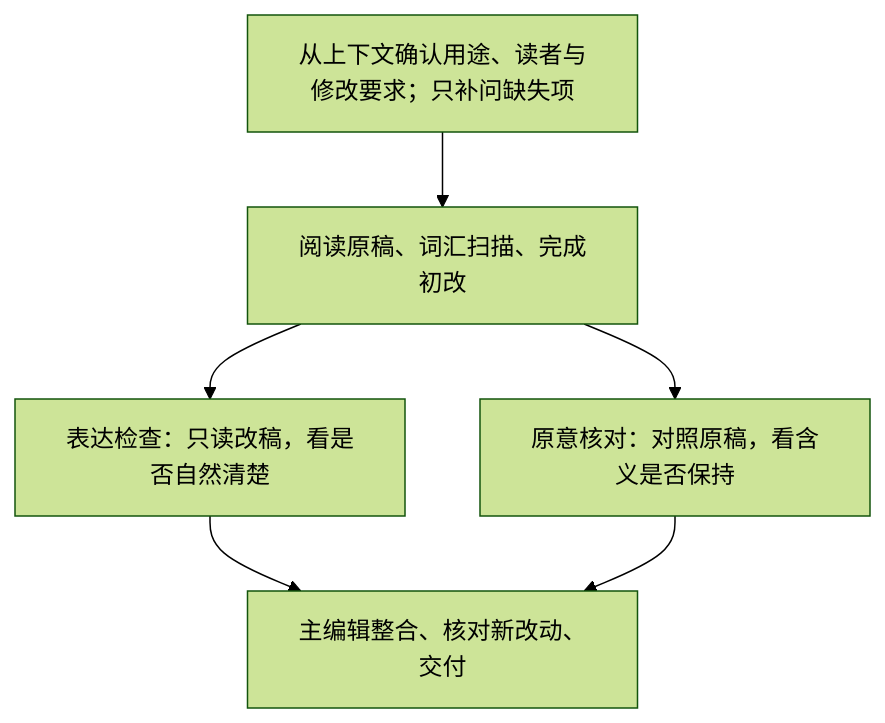
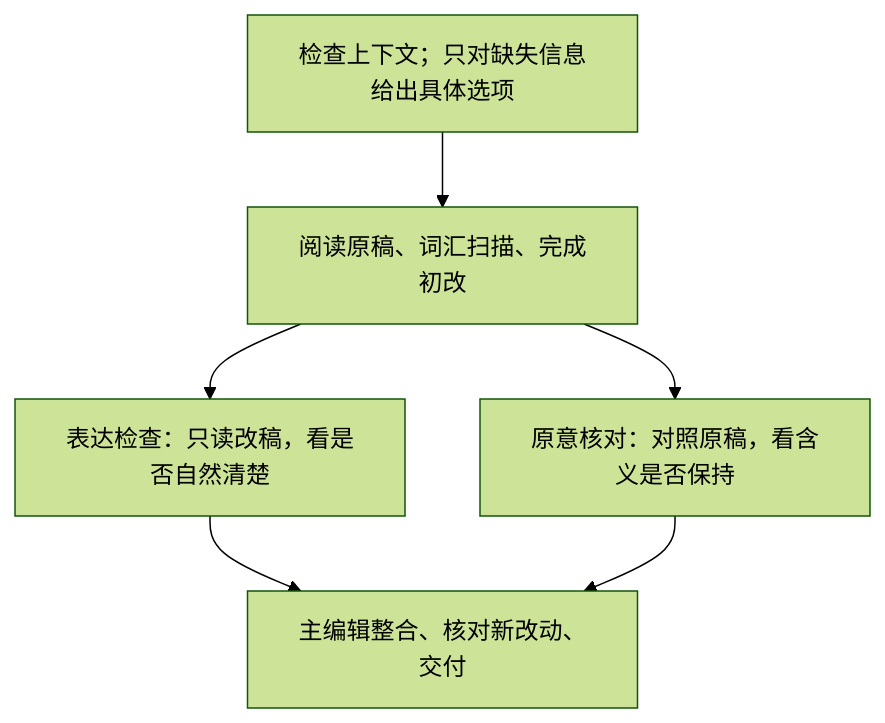
The diagram in README.md (Rimagination/easyunslop), drawn with Mermaid (forest theme) before and after one commit. The commit also changed other lines of this file and 5 other files, not shown here.

````diff
--- a/README.md
+++ b/README.md
@@ -145,8 +145,8 @@
 ```mermaid
 flowchart TD
-    A["从上下文确认用途、读者与修改要求；只补问缺失项"] --> B["阅读原稿、词汇扫描、完成初改"]
+    A["检查上下文；只对缺失信息给出具体选项"] --> B["阅读原稿、词汇扫描、完成初改"]
     B --> C["表达检查：只读改稿，看是否自然清楚"]
     B --> D["原意核对：对照原稿，看含义是否保持"]
     C --> E["主编辑整合、核对新改动、交付"]
     D --> E
 ```
````
